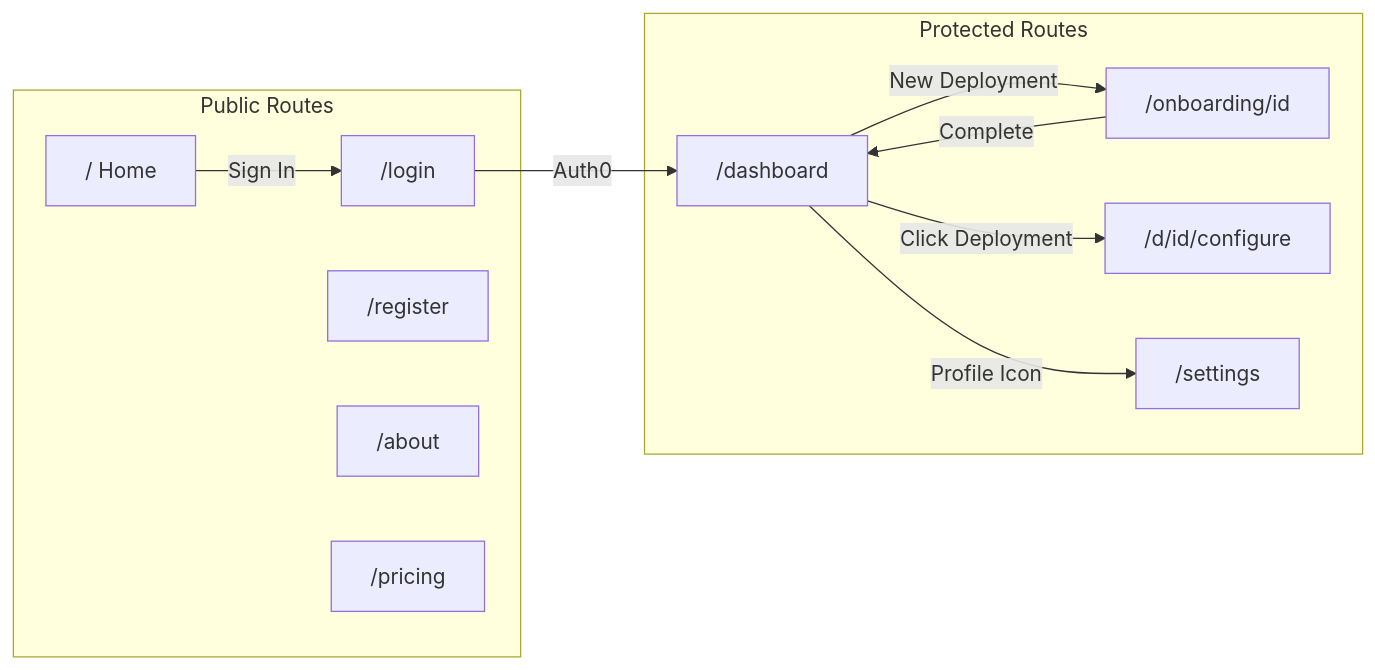
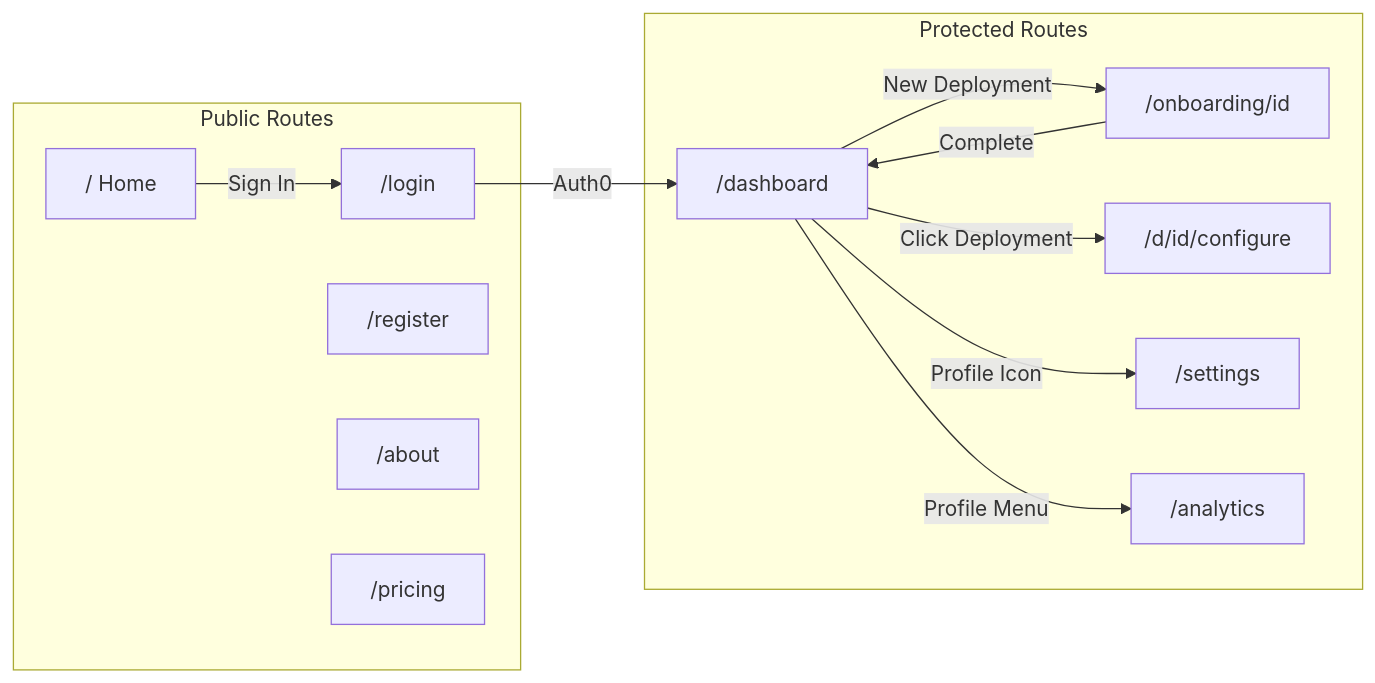
The second of 15 diagrams in OVERVIEW.md (Bretthb/jarble), drawn with Mermaid before and after one commit. The commit also changed other lines of this file and 1 other file, not shown here.

````diff
--- a/OVERVIEW.md
+++ b/OVERVIEW.md
@@ -105,24 +105,26 @@
 ```mermaid
 graph LR
     subgraph "Public Routes"
         P1["/ Home"]
         P2["/login"]
         P3["/register"]
         P4["/about"]
         P5["/pricing"]
     end
 
     subgraph "Protected Routes"
         R1["/dashboard"]
         R2["/onboarding/id"]
         R3["/d/id/configure"]
         R4["/settings"]
+        R5["/analytics"]
     end
 
     P1 -->|Sign In| P2
     P2 -->|Auth0| R1
     R1 -->|New Deployment| R2
     R1 -->|Click Deployment| R3
     R1 -->|Profile Icon| R4
+    R1 -->|Profile Menu| R5
     R2 -->|Complete| R1
 ```
````
